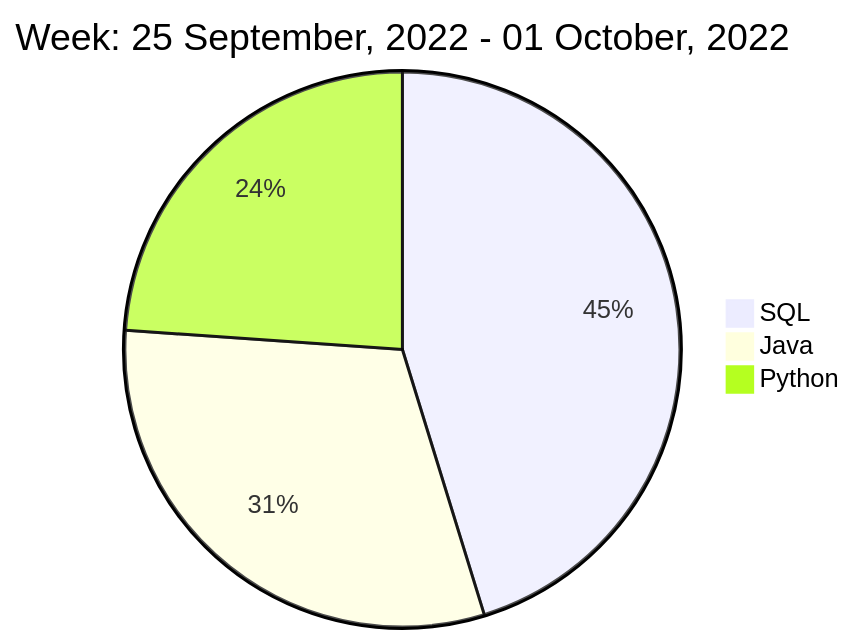
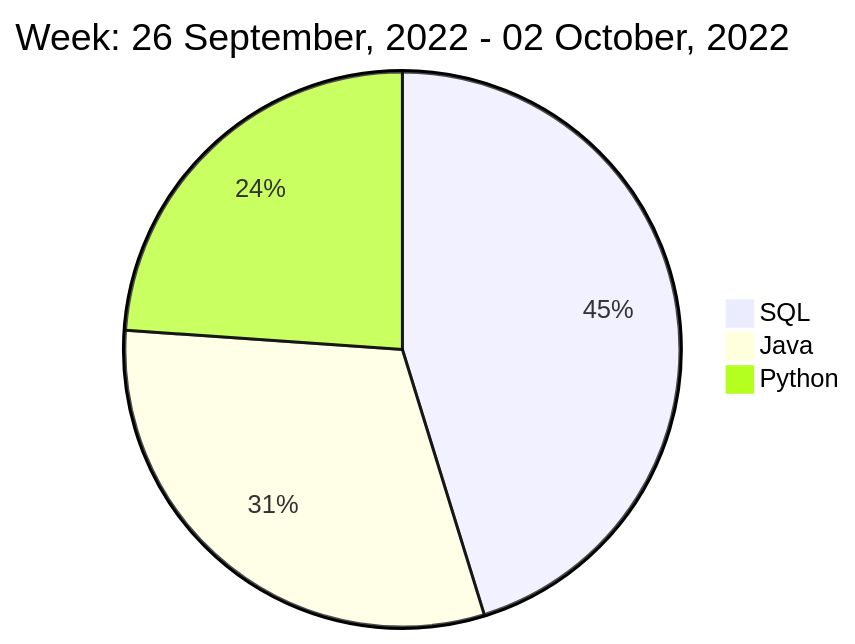
Before and after one commit to liubin95/liubin95: the diagram in README.md, drawn with Mermaid.

Commit message:
Updated the Graph with new Metrics

````diff
--- a/README.md
+++ b/README.md
@@ -40,7 +40,7 @@
 ```mermaid
  pie
-title Week: 25 September, 2022 - 01 October, 2022
+title Week: 26 September, 2022 - 02 October, 2022
  "SQL" : 3.37
  "Java" : 2.3
  "Python" : 1.78
 ```
````
